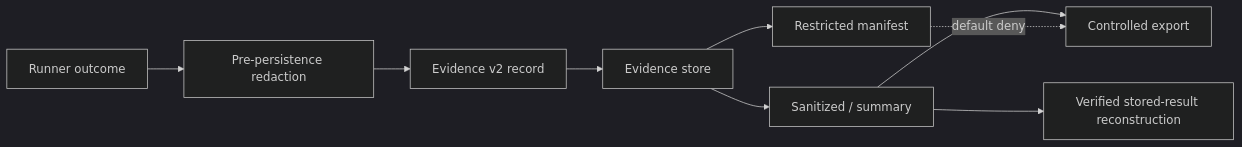
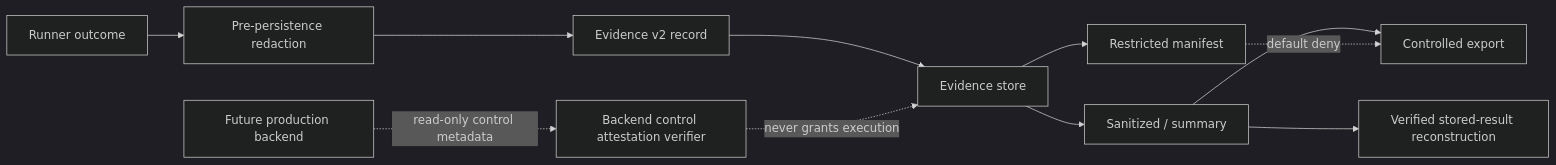
Before and after one commit to pestoura/hermes-security-labs: the diagram in docs/roadmap/epics/EPIC-10-evidence-plane.md, drawn with Mermaid (dark theme). The commit also changed other lines of this file, not shown here.

Commit message:
docs(epic): record durable backend acceptance verifier without production claim

````diff
--- a/docs/roadmap/epics/EPIC-10-evidence-plane.md
+++ b/docs/roadmap/epics/EPIC-10-evidence-plane.md
@@ -87,11 +93,13 @@
 ```mermaid
 flowchart LR
   RUN[Runner outcome] --> REDACT0[Pre-persistence redaction]
   REDACT0 --> REC[Evidence v2 record]
   REC --> STORE[Evidence store]
   STORE --> RAW[Restricted manifest]
   STORE --> DERIVED[Sanitized / summary]
   DERIVED --> RECON[Verified stored-result reconstruction]
   DERIVED --> EXPORT[Controlled export]
   RAW -. default deny .-> EXPORT
+  PROD[Future production backend] -. read-only control metadata .-> ATTEST[Backend control attestation verifier]
+  ATTEST -. never grants execution .-> STORE
 ```
````
